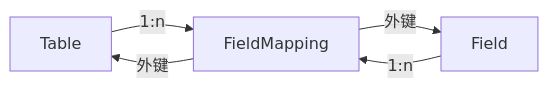
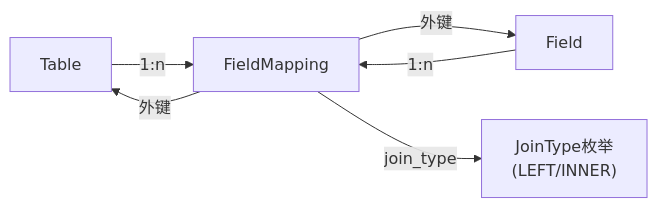
Before and after one commit to zyp-coder/Metadata: the sixth of 6 diagrams in .qoder/repowiki/zh/content/架构设计/数据架构/数据库设计/核心实体模型/字段映射模型.md, drawn with Mermaid. The commit also changed other lines of this file and 39 other files, not shown here.

````diff
--- a/.qoder/repowiki/zh/content/架构设计/数据架构/数据库设计/核心实体模型/字段映射模型.md
+++ b/.qoder/repowiki/zh/content/架构设计/数据架构/数据库设计/核心实体模型/字段映射模型.md
@@ -234,7 +264,8 @@
 ```mermaid
 graph LR
 T["Table"] --> |1:n| FM["FieldMapping"]
 F["Field"] --> |1:n| FM
 FM --> |外键| T
 FM --> |外键| F
+FM --> |join_type| JT["JoinType枚举<br/>(LEFT/INNER)"]
 ```
````
